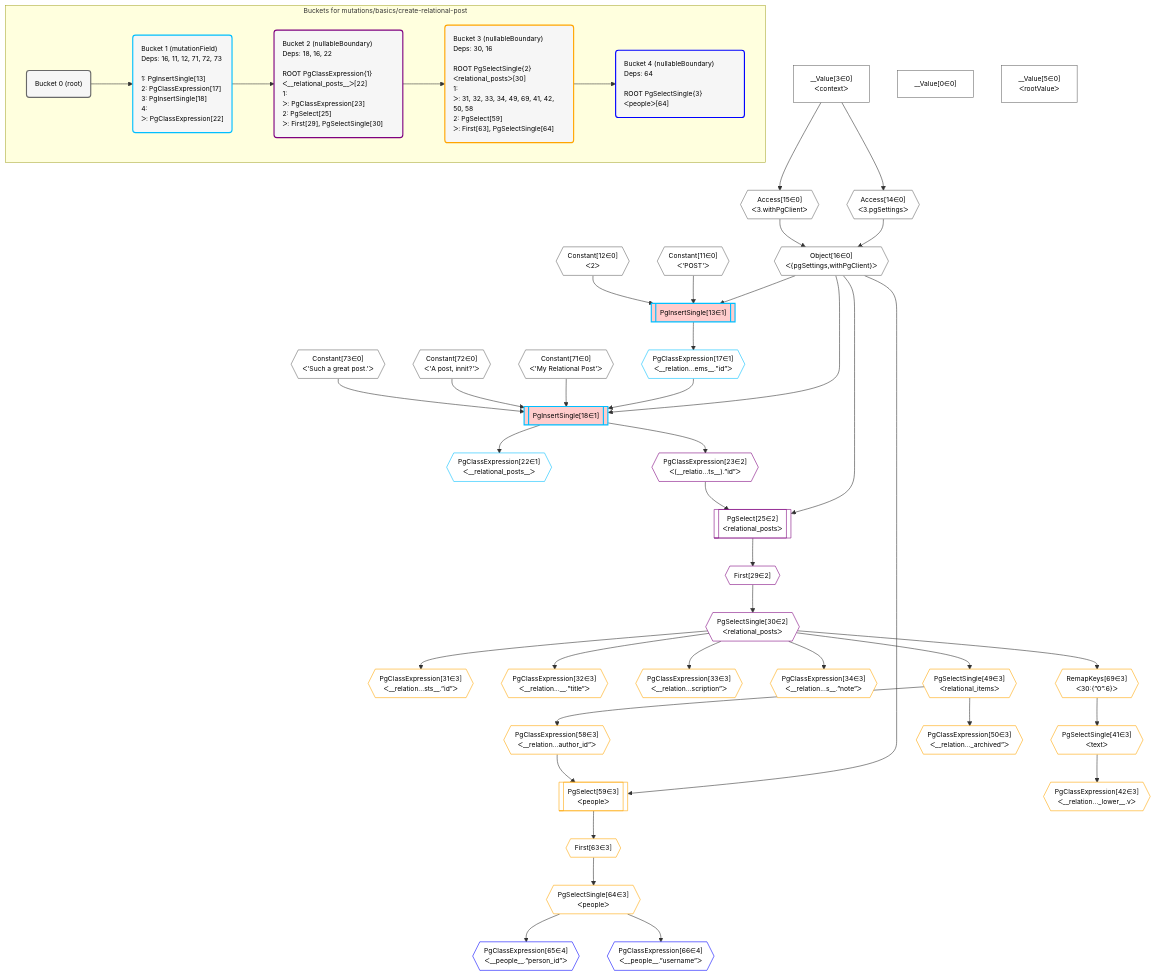
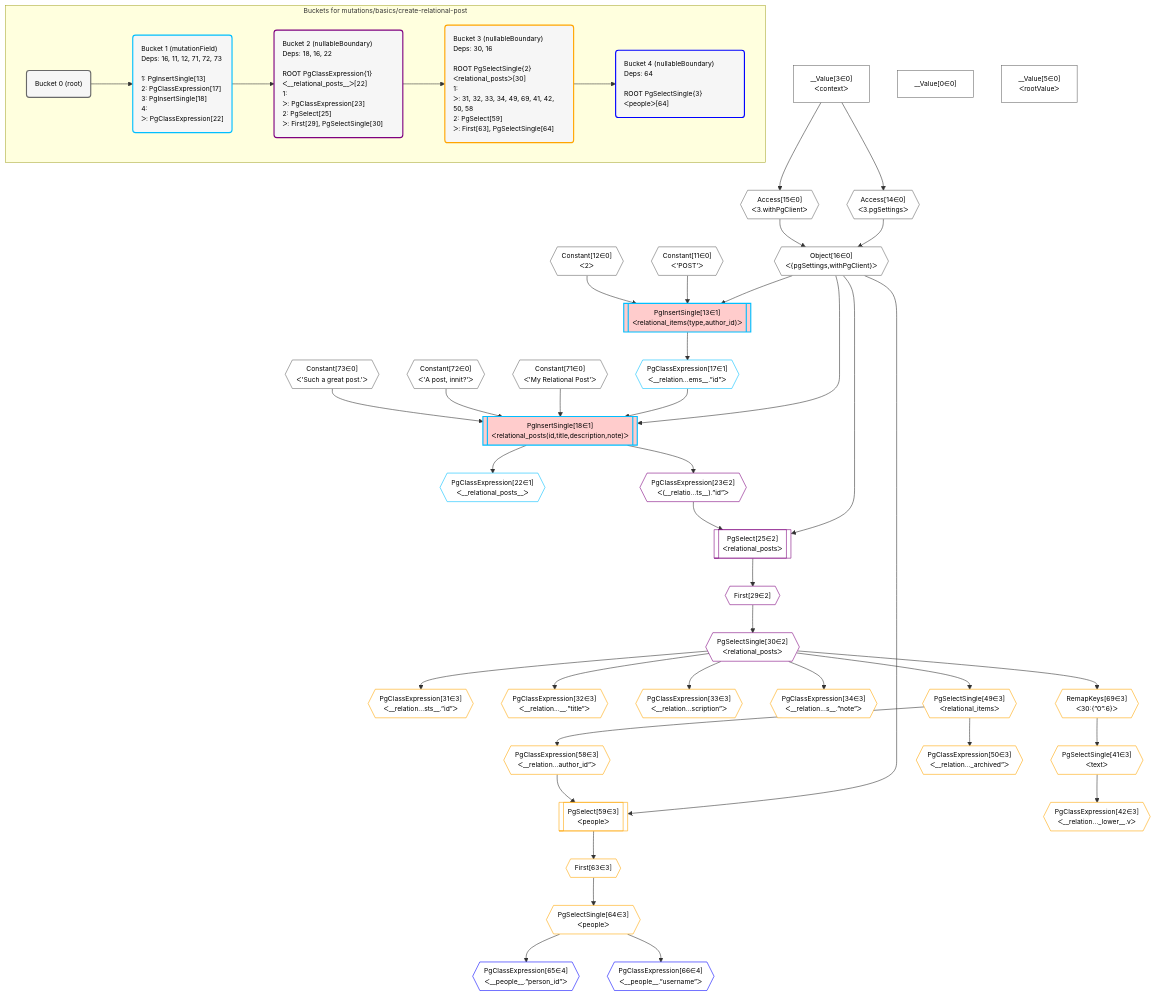
Before and after one commit to graphile/crystal: the diagram in grafast/dataplan-pg/__tests__/mutations/basics/create-relational-post.deopt.mermaid, drawn with Mermaid. The commit also changed 38 other files, not shown here.

```diff
--- a/grafast/dataplan-pg/__tests__/mutations/basics/create-relational-post.deopt.mermaid
+++ b/grafast/dataplan-pg/__tests__/mutations/basics/create-relational-post.deopt.mermaid
@@ -1,95 +1,95 @@
 %%{init: {'themeVariables': { 'fontSize': '12px'}}}%%
 graph TD
     classDef path fill:#eee,stroke:#000,color:#000
     classDef plan fill:#fff,stroke-width:1px,color:#000
     classDef itemplan fill:#fff,stroke-width:2px,color:#000
     classDef unbatchedplan fill:#dff,stroke-width:1px,color:#000
     classDef sideeffectplan fill:#fcc,stroke-width:2px,color:#000
     classDef bucket fill:#f6f6f6,color:#000,stroke-width:2px,text-align:left
 
 
     %% plan dependencies
     Object16{{"Object[16∈0]<br />ᐸ{pgSettings,withPgClient}ᐳ"}}:::plan
     Access14{{"Access[14∈0]<br />ᐸ3.pgSettingsᐳ"}}:::plan
     Access15{{"Access[15∈0]<br />ᐸ3.withPgClientᐳ"}}:::plan
     Access14 & Access15 --> Object16
     __Value3["__Value[3∈0]<br />ᐸcontextᐳ"]:::plan
     __Value3 --> Access14
     __Value3 --> Access15
     __Value0["__Value[0∈0]"]:::plan
     __Value5["__Value[5∈0]<br />ᐸrootValueᐳ"]:::plan
     Constant11{{"Constant[11∈0]<br />ᐸ'POST'ᐳ"}}:::plan
     Constant12{{"Constant[12∈0]<br />ᐸ2ᐳ"}}:::plan
     Constant71{{"Constant[71∈0]<br />ᐸ'My Relational Post'ᐳ"}}:::plan
     Constant72{{"Constant[72∈0]<br />ᐸ'A post, innit?'ᐳ"}}:::plan
     Constant73{{"Constant[73∈0]<br />ᐸ'Such a great post.'ᐳ"}}:::plan
-    PgInsertSingle18[["PgInsertSingle[18∈1]"]]:::sideeffectplan
+    PgInsertSingle18[["PgInsertSingle[18∈1]<br />ᐸrelational_posts(id,title,description,note)ᐳ"]]:::sideeffectplan
     PgClassExpression17{{"PgClassExpression[17∈1]<br />ᐸ__relation...ems__.”id”ᐳ"}}:::plan
     Object16 & PgClassExpression17 & Constant71 & Constant72 & Constant73 --> PgInsertSingle18
-    PgInsertSingle13[["PgInsertSingle[13∈1]"]]:::sideeffectplan
+    PgInsertSingle13[["PgInsertSingle[13∈1]<br />ᐸrelational_items(type,author_id)ᐳ"]]:::sideeffectplan
     Object16 & Constant11 & Constant12 --> PgInsertSingle13
     PgInsertSingle13 --> PgClassExpression17
     PgClassExpression22{{"PgClassExpression[22∈1]<br />ᐸ__relational_posts__ᐳ"}}:::plan
     PgInsertSingle18 --> PgClassExpression22
     PgSelect25[["PgSelect[25∈2]<br />ᐸrelational_postsᐳ"]]:::plan
     PgClassExpression23{{"PgClassExpression[23∈2]<br />ᐸ(__relatio...ts__).”id”ᐳ"}}:::plan
     Object16 & PgClassExpression23 --> PgSelect25
     PgInsertSingle18 --> PgClassExpression23
     First29{{"First[29∈2]"}}:::plan
     PgSelect25 --> First29
     PgSelectSingle30{{"PgSelectSingle[30∈2]<br />ᐸrelational_postsᐳ"}}:::plan
     First29 --> PgSelectSingle30
     PgSelect59[["PgSelect[59∈3]<br />ᐸpeopleᐳ"]]:::plan
     PgClassExpression58{{"PgClassExpression[58∈3]<br />ᐸ__relation...author_id”ᐳ"}}:::plan
     Object16 & PgClassExpression58 --> PgSelect59
     PgClassExpression31{{"PgClassExpression[31∈3]<br />ᐸ__relation...sts__.”id”ᐳ"}}:::plan
     PgSelectSingle30 --> PgClassExpression31
     PgClassExpression32{{"PgClassExpression[32∈3]<br />ᐸ__relation...__.”title”ᐳ"}}:::plan
     PgSelectSingle30 --> PgClassExpression32
     PgClassExpression33{{"PgClassExpression[33∈3]<br />ᐸ__relation...scription”ᐳ"}}:::plan
     PgSelectSingle30 --> PgClassExpression33
     PgClassExpression34{{"PgClassExpression[34∈3]<br />ᐸ__relation...s__.”note”ᐳ"}}:::plan
     PgSelectSingle30 --> PgClassExpression34
     RemapKeys69{{"RemapKeys[69∈3]<br />ᐸ30:{”0”:6}ᐳ"}}:::plan
     PgSelectSingle30 --> RemapKeys69
     PgSelectSingle41{{"PgSelectSingle[41∈3]<br />ᐸtextᐳ"}}:::plan
     RemapKeys69 --> PgSelectSingle41
     PgClassExpression42{{"PgClassExpression[42∈3]<br />ᐸ__relation..._lower__.vᐳ"}}:::plan
     PgSelectSingle41 --> PgClassExpression42
     PgSelectSingle49{{"PgSelectSingle[49∈3]<br />ᐸrelational_itemsᐳ"}}:::plan
     PgSelectSingle30 --> PgSelectSingle49
     PgClassExpression50{{"PgClassExpression[50∈3]<br />ᐸ__relation..._archived”ᐳ"}}:::plan
     PgSelectSingle49 --> PgClassExpression50
     PgSelectSingle49 --> PgClassExpression58
     First63{{"First[63∈3]"}}:::plan
     PgSelect59 --> First63
     PgSelectSingle64{{"PgSelectSingle[64∈3]<br />ᐸpeopleᐳ"}}:::plan
     First63 --> PgSelectSingle64
     PgClassExpression65{{"PgClassExpression[65∈4]<br />ᐸ__people__.”person_id”ᐳ"}}:::plan
     PgSelectSingle64 --> PgClassExpression65
     PgClassExpression66{{"PgClassExpression[66∈4]<br />ᐸ__people__.”username”ᐳ"}}:::plan
     PgSelectSingle64 --> PgClassExpression66
 
     %% define steps
 
     subgraph "Buckets for mutations/basics/create-relational-post"
     Bucket0("Bucket 0 (root)"):::bucket
     classDef bucket0 stroke:#696969
     class Bucket0,__Value0,__Value3,__Value5,Constant11,Constant12,Access14,Access15,Object16,Constant71,Constant72,Constant73 bucket0
     Bucket1("Bucket 1 (mutationField)<br />Deps: 16, 11, 12, 71, 72, 73<br /><br />1: PgInsertSingle[13]<br />2: PgClassExpression[17]<br />3: PgInsertSingle[18]<br />4: <br />ᐳ: PgClassExpression[22]"):::bucket
     classDef bucket1 stroke:#00bfff
     class Bucket1,PgInsertSingle13,PgClassExpression17,PgInsertSingle18,PgClassExpression22 bucket1
     Bucket2("Bucket 2 (nullableBoundary)<br />Deps: 18, 16, 22<br /><br />ROOT PgClassExpression{1}ᐸ__relational_posts__ᐳ[22]<br />1: <br />ᐳ: PgClassExpression[23]<br />2: PgSelect[25]<br />ᐳ: First[29], PgSelectSingle[30]"):::bucket
     classDef bucket2 stroke:#7f007f
     class Bucket2,PgClassExpression23,PgSelect25,First29,PgSelectSingle30 bucket2
     Bucket3("Bucket 3 (nullableBoundary)<br />Deps: 30, 16<br /><br />ROOT PgSelectSingle{2}ᐸrelational_postsᐳ[30]<br />1: <br />ᐳ: 31, 32, 33, 34, 49, 69, 41, 42, 50, 58<br />2: PgSelect[59]<br />ᐳ: First[63], PgSelectSingle[64]"):::bucket
     classDef bucket3 stroke:#ffa500
     class Bucket3,PgClassExpression31,PgClassExpression32,PgClassExpression33,PgClassExpression34,PgSelectSingle41,PgClassExpression42,PgSelectSingle49,PgClassExpression50,PgClassExpression58,PgSelect59,First63,PgSelectSingle64,RemapKeys69 bucket3
     Bucket4("Bucket 4 (nullableBoundary)<br />Deps: 64<br /><br />ROOT PgSelectSingle{3}ᐸpeopleᐳ[64]"):::bucket
     classDef bucket4 stroke:#0000ff
     class Bucket4,PgClassExpression65,PgClassExpression66 bucket4
     Bucket0 --> Bucket1
     Bucket1 --> Bucket2
     Bucket2 --> Bucket3
     Bucket3 --> Bucket4
     end
```
